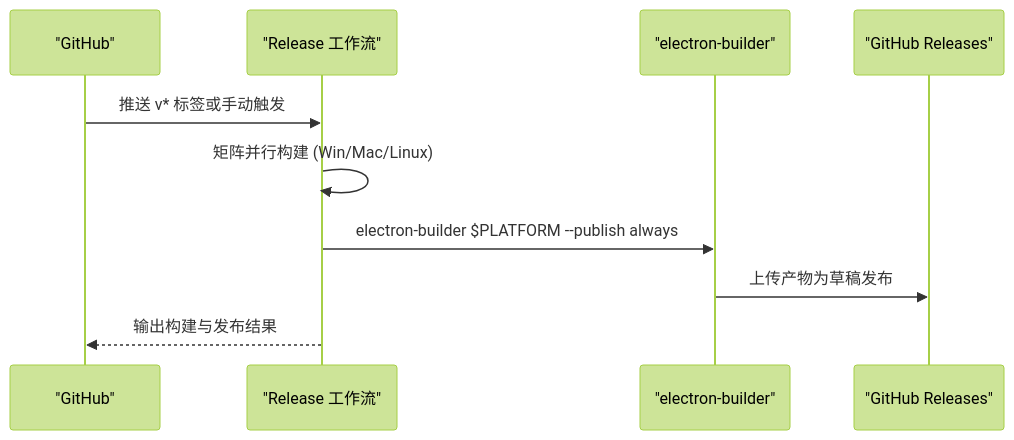
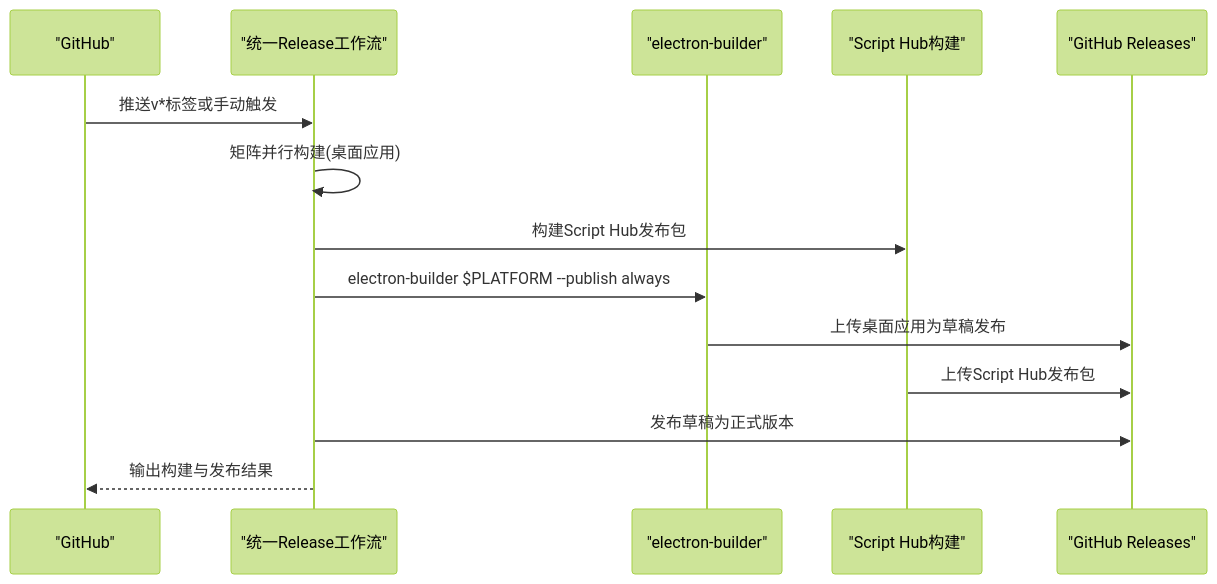
One commit to hozeeee/script-box changed the fifth of 8 diagrams in .qoder/repowiki/zh/content/构建与部署/CI_CD 流水线.md. Above: the diagram before and after it, drawn with Mermaid (forest theme). The commit also changed other lines of this file and 76 other files, not shown here.

````diff
--- a/.qoder/repowiki/zh/content/构建与部署/CI_CD 流水线.md
+++ b/.qoder/repowiki/zh/content/构建与部署/CI_CD 流水线.md
@@ -143,12 +213,16 @@
 ```mermaid
 sequenceDiagram
 participant GH as "GitHub"
-participant REL as "Release 工作流"
+participant REL as "统一Release工作流"
 participant EB as "electron-builder"
+participant SH as "Script Hub构建"
 participant GR as "GitHub Releases"
-GH->>REL : 推送 v* 标签或手动触发
-REL->>REL : 矩阵并行构建 (Win/Mac/Linux)
+GH->>REL : 推送v*标签或手动触发
+REL->>REL : 矩阵并行构建(桌面应用)
+REL->>SH : 构建Script Hub发布包
 REL->>EB : electron-builder $PLATFORM --publish always
-EB->>GR : 上传产物为草稿发布
+EB->>GR : 上传桌面应用为草稿发布
+SH->>GR : 上传Script Hub发布包
+REL->>GR : 发布草稿为正式版本
 REL-->>GH : 输出构建与发布结果
 ```
````
